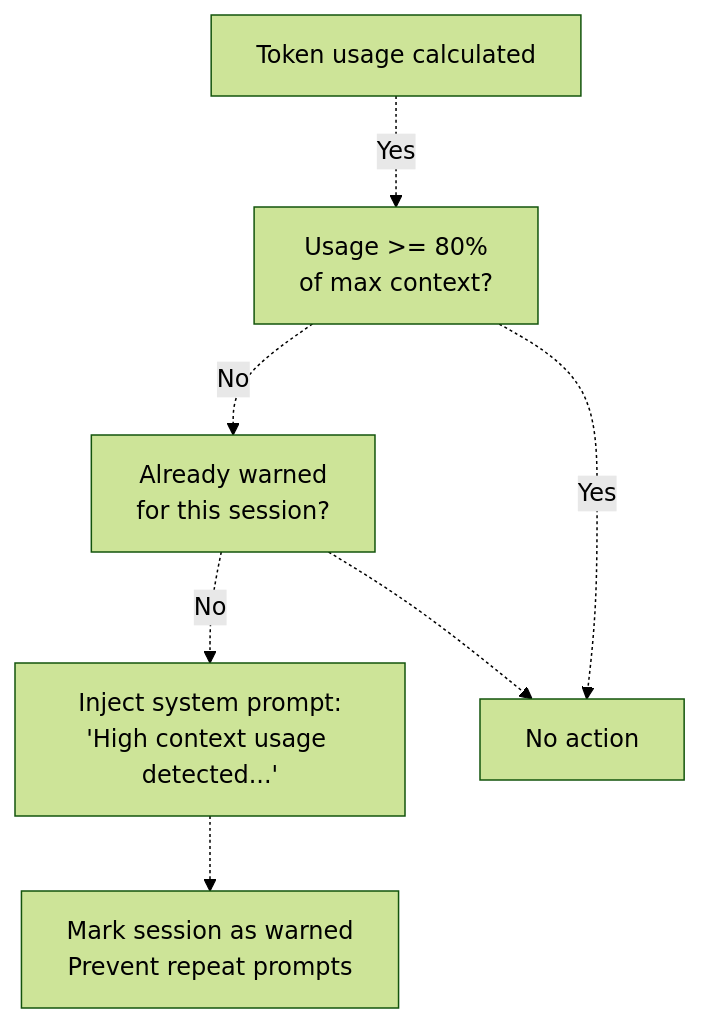
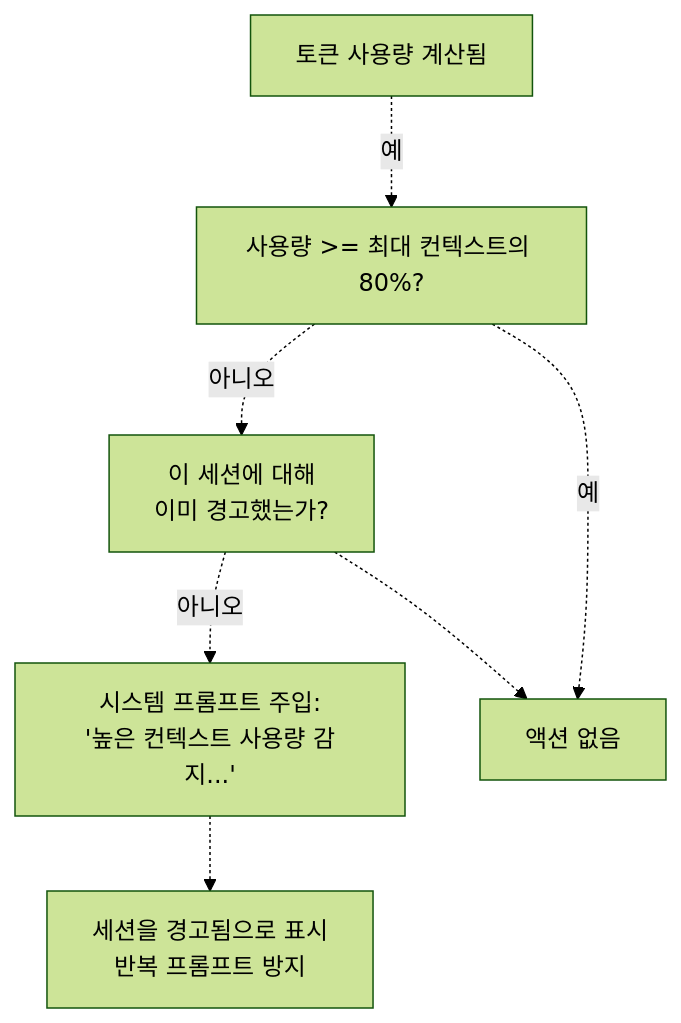
The third of 10 diagrams in docs/hooks/context-management-hooks.md (felipetruman/oh-my-opencode-docs), drawn with Mermaid (forest theme) before and after one commit. The commit also changed other lines of this file and 76 other files, not shown here.

````diff
--- a/docs/hooks/context-management-hooks.md
+++ b/docs/hooks/context-management-hooks.md
@@ -244,17 +244,17 @@
 ```mermaid
 flowchart TD
 
-TokenUsage["Token usage calculated"]
-Check80["Usage >= 80%<br>of max context?"]
-CheckWarned["Already warned<br>for this session?"]
-InjectPrompt["Inject system prompt:<br>'High context usage detected...'"]
-MarkWarned["Mark session as warned<br>Prevent repeat prompts"]
-NoAction["No action"]
+TokenUsage["토큰 사용량 계산됨"]
+Check80["사용량 >= 최대 컨텍스트의 80%?"]
+CheckWarned["이 세션에 대해<br>이미 경고했는가?"]
+InjectPrompt["시스템 프롬프트 주입:<br>'높은 컨텍스트 사용량 감지...'"]
+MarkWarned["세션을 경고됨으로 표시<br>반복 프롬프트 방지"]
+NoAction["액션 없음"]
 
-TokenUsage -.->|"Yes"| Check80
-Check80 -.->|"No"| CheckWarned
-Check80 -.->|"Yes"| NoAction
-CheckWarned -.->|"No"| InjectPrompt
+TokenUsage -.->|"예"| Check80
+Check80 -.->|"아니오"| CheckWarned
+Check80 -.->|"예"| NoAction
+CheckWarned -.->|"아니오"| InjectPrompt
 CheckWarned -.-> NoAction
 InjectPrompt -.-> MarkWarned
 ```
````
